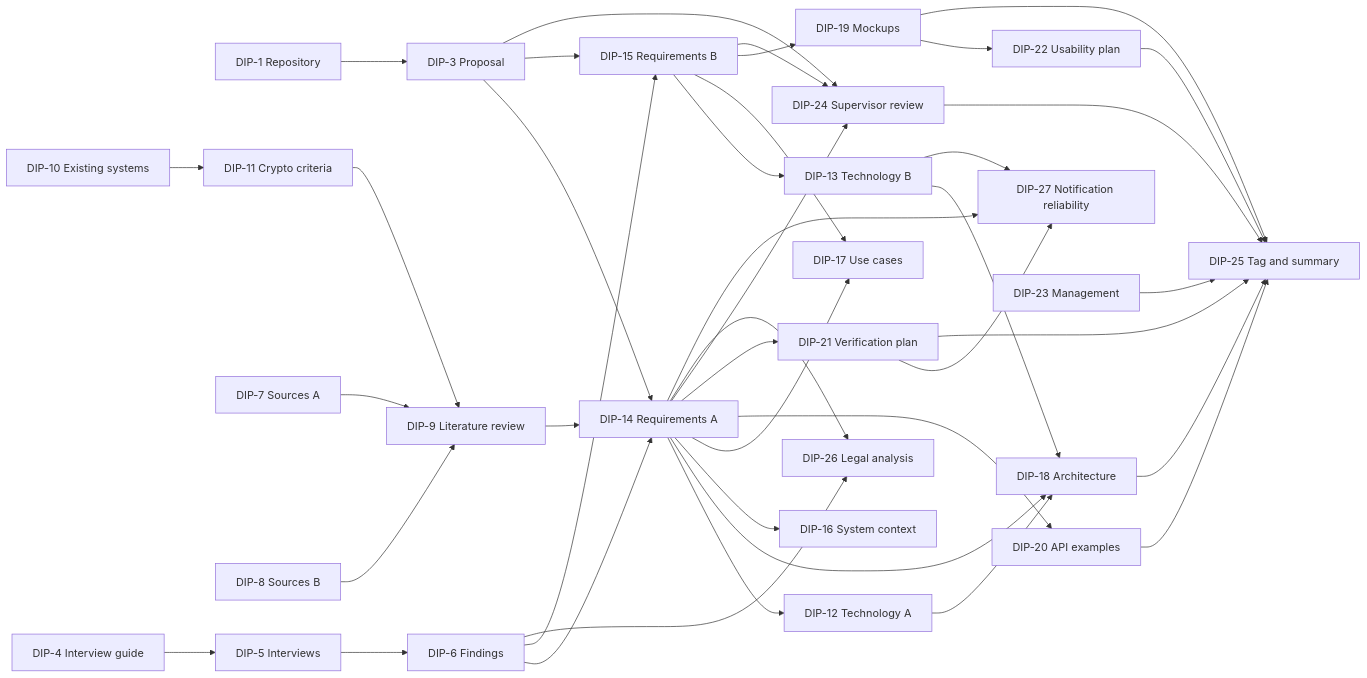
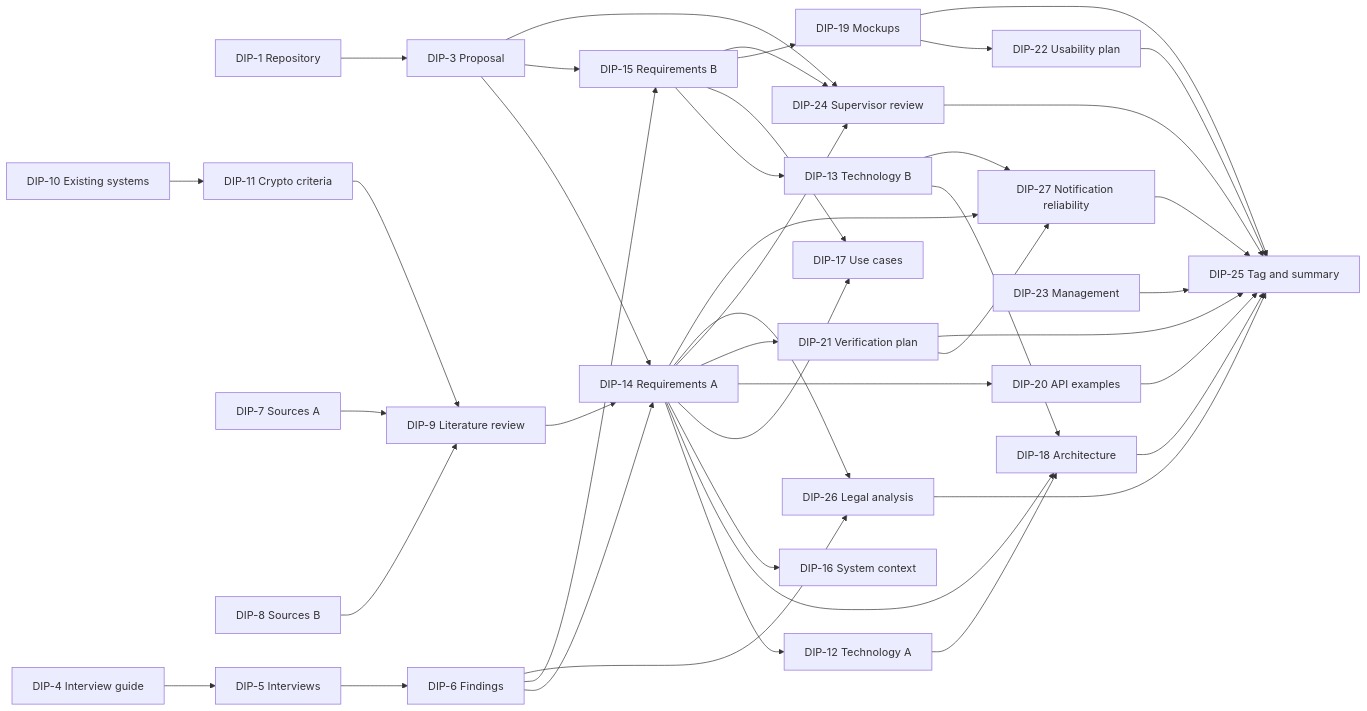
The diagram in docs/10-project-management.md (alishermede/Development-of-a-Digital-Legacy-Platform-with-a-Hybrid-Activation-Mechanism), drawn with Mermaid before and after one commit. The commit also changed other lines of this file and 8 other files, not shown here.

````diff
--- a/docs/10-project-management.md
+++ b/docs/10-project-management.md
@@ -115,42 +115,44 @@
 ```mermaid
 flowchart LR
     D1["DIP-1 Repository"] --> D3["DIP-3 Proposal"]
     D3 --> D14["DIP-14 Requirements A"]
     D3 --> D15["DIP-15 Requirements B"]
     D4["DIP-4 Interview guide"] --> D5["DIP-5 Interviews"]
     D5 --> D6["DIP-6 Findings"]
     D6 --> D14
     D6 --> D15
     D7["DIP-7 Sources A"] --> D9["DIP-9 Literature review"]
     D8["DIP-8 Sources B"] --> D9
     D10["DIP-10 Existing systems"] --> D11["DIP-11 Crypto criteria"]
     D11 --> D9
     D9 --> D14
     D14 --> D12["DIP-12 Technology A"]
     D15 --> D13["DIP-13 Technology B"]
     D12 --> D18["DIP-18 Architecture"]
     D13 --> D18
     D14 --> D18
     D14 --> D16["DIP-16 System context"]
     D14 --> D17["DIP-17 Use cases"]
     D15 --> D17
     D15 --> D19["DIP-19 Mockups"]
     D14 --> D20["DIP-20 API examples"]
     D14 --> D21["DIP-21 Verification plan"]
     D19 --> D22["DIP-22 Usability plan"]
     D14 --> D24["DIP-24 Supervisor review"]
     D15 --> D24
     D3 --> D24
     D14 --> D26["DIP-26 Legal analysis"]
     D6 --> D26
     D13 --> D27["DIP-27 Notification reliability"]
     D14 --> D27
     D21 --> D27
     D18 --> D25["DIP-25 Tag and summary"]
     D19 --> D25
     D20 --> D25
     D21 --> D25
     D22 --> D25
     D23["DIP-23 Management"] --> D25
     D24 --> D25
+    D26 --> D25
+    D27 --> D25
 ```
````
